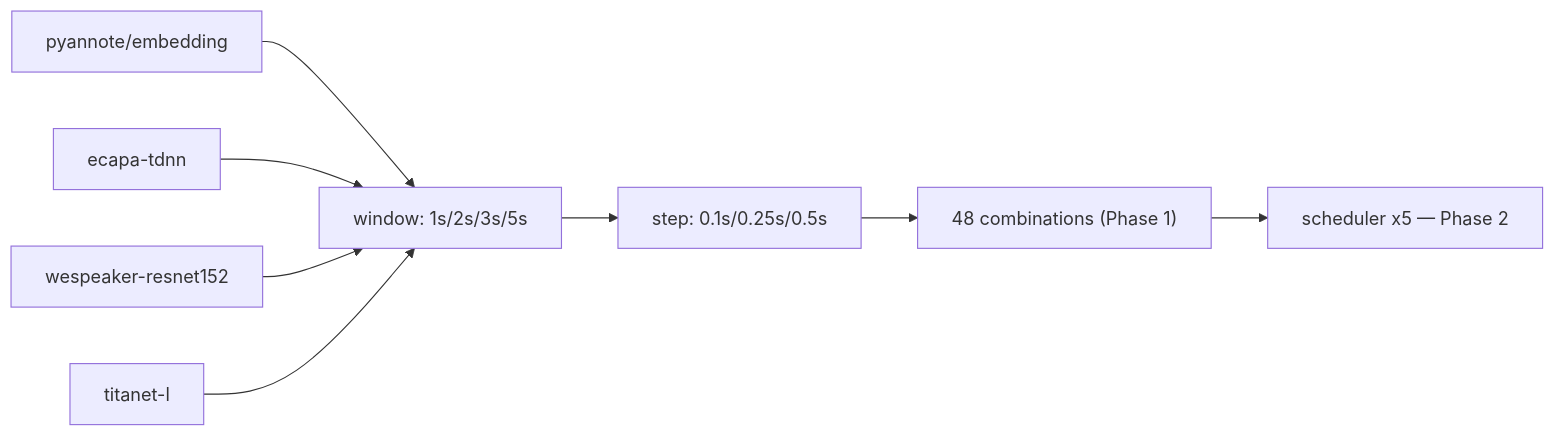
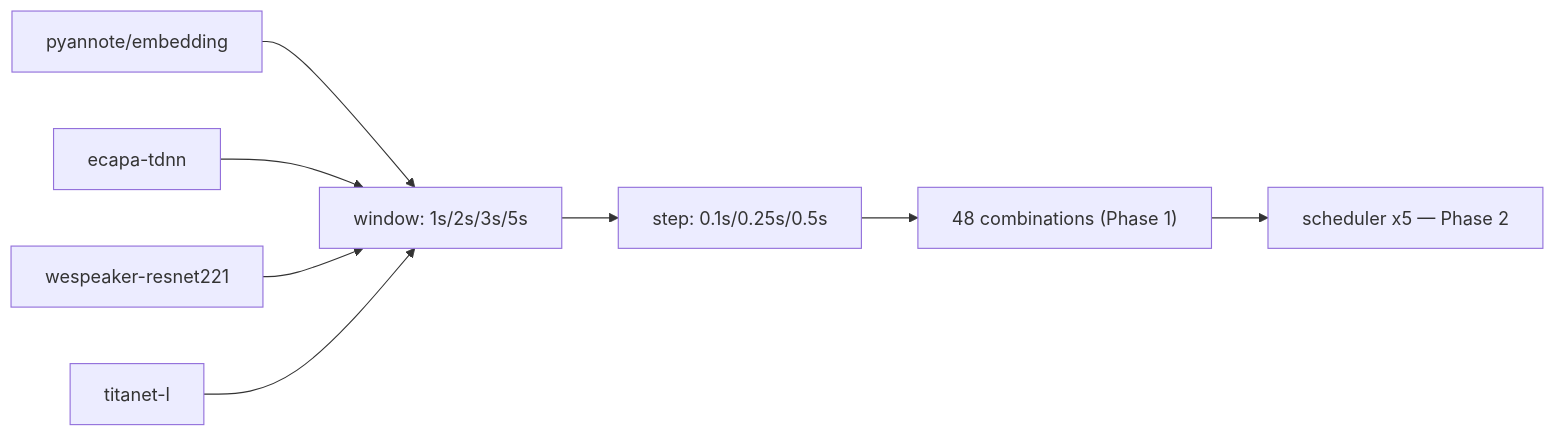
The diagram in medi_docs/current/spec/spec-01-ablation-grid.md (kknaks/seperate_void_streaming), drawn with Mermaid before and after one commit. The commit also changed other lines of this file and 53 other files, not shown here.

````diff
--- a/medi_docs/current/spec/spec-01-ablation-grid.md
+++ b/medi_docs/current/spec/spec-01-ablation-grid.md
@@ -144,8 +142,8 @@
 ```mermaid
 flowchart LR
-    E1[pyannote/embedding] & E2[ecapa-tdnn] & E3[wespeaker-resnet152] & E4[titanet-l]
+    E1[pyannote/embedding] & E2[ecapa-tdnn] & E3[wespeaker-resnet221] & E4[titanet-l]
     --> W[window: 1s/2s/3s/5s]
     --> S[step: 0.1s/0.25s/0.5s]
     --> R["48 combinations (Phase 1)"]
     --> SC[scheduler x5 — Phase 2]
 ```
````
